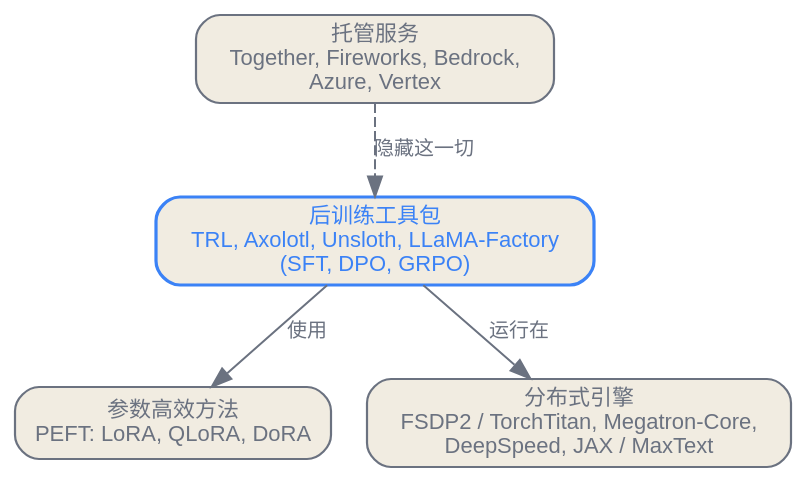
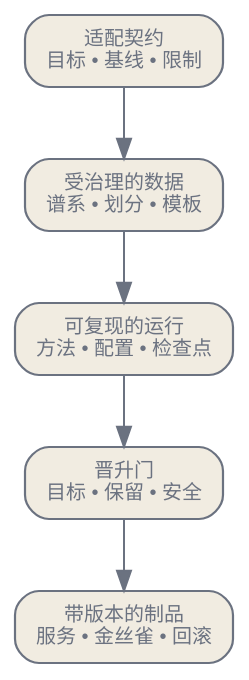
Before and after one commit to latere-ai/ai-as-an-infrastructure: the first of 3 diagrams in zh/practice/04-training-finetuning-practice.qmd, drawn with Graphviz. The commit also changed other lines of this file and 2 other files, not shown here.

````diff
--- a/zh/practice/04-training-finetuning-practice.qmd
+++ b/zh/practice/04-training-finetuning-practice.qmd
@@ -23,19 +7,18 @@
 ```{dot}
 //| label: fig-training-layers
-//| fig-cap: "2026 年训练与微调栈的三个子层。多数团队只接触中间一行；引擎在其下，托管服务则替换全部三层。"
-digraph layers {
+//| fig-cap: "一项适配发布从行为契约走向可回退的生产制品。训练只是其中一个阶段，并不是交付单位。"
+digraph adaptation {
   rankdir=TB;
   bgcolor="transparent";
-  node [shape=box, style="rounded,filled", fontname="Helvetica", fontsize=11, color="#6b7280", fontcolor="#6b7280", fillcolor="#f1ece1", penwidth=1.1];
-  edge [fontname="Helvetica", fontsize=10, color="#6b7280", fontcolor="#6b7280"];
+  node [shape=box, style="rounded,filled", fontname="Helvetica", fontsize=10, color="#6b7280", fontcolor="#6b7280", fillcolor="#f1ece1", penwidth=1.1];
+  edge [color="#6b7280", penwidth=1.0];
 
-  toolkit [label="后训练工具包\nTRL, Axolotl, Unsloth, LLaMA-Factory\n(SFT, DPO, GRPO)", color="#3b82f6", fontcolor="#3b82f6", penwidth=1.6];
-  peft [label="参数高效方法\nPEFT: LoRA, QLoRA, DoRA"];
-  engine [label="分布式引擎\nFSDP2 / TorchTitan, Megatron-Core,\nDeepSpeed, JAX / MaxText"];
-  managed [label="托管服务\nTogether, Fireworks, Bedrock,\nAzure, Vertex"];
+  contract [label="适配契约\n目标 • 基线 • 限制"];
+  data [label="受治理的数据\n谱系 • 划分 • 模板"];
+  run [label="可复现的运行\n方法 • 配置 • 检查点"];
+  gate [label="晋升门\n目标 • 保留 • 安全"];
+  artifact [label="带版本的制品\n服务 • 金丝雀 • 回滚"];
 
-  toolkit -> peft [label="使用"];
-  toolkit -> engine [label="运行在"];
-  managed -> toolkit [label="隐藏这一切", style=dashed];
+  contract -> data -> run -> gate -> artifact;
 }
 ```
````
